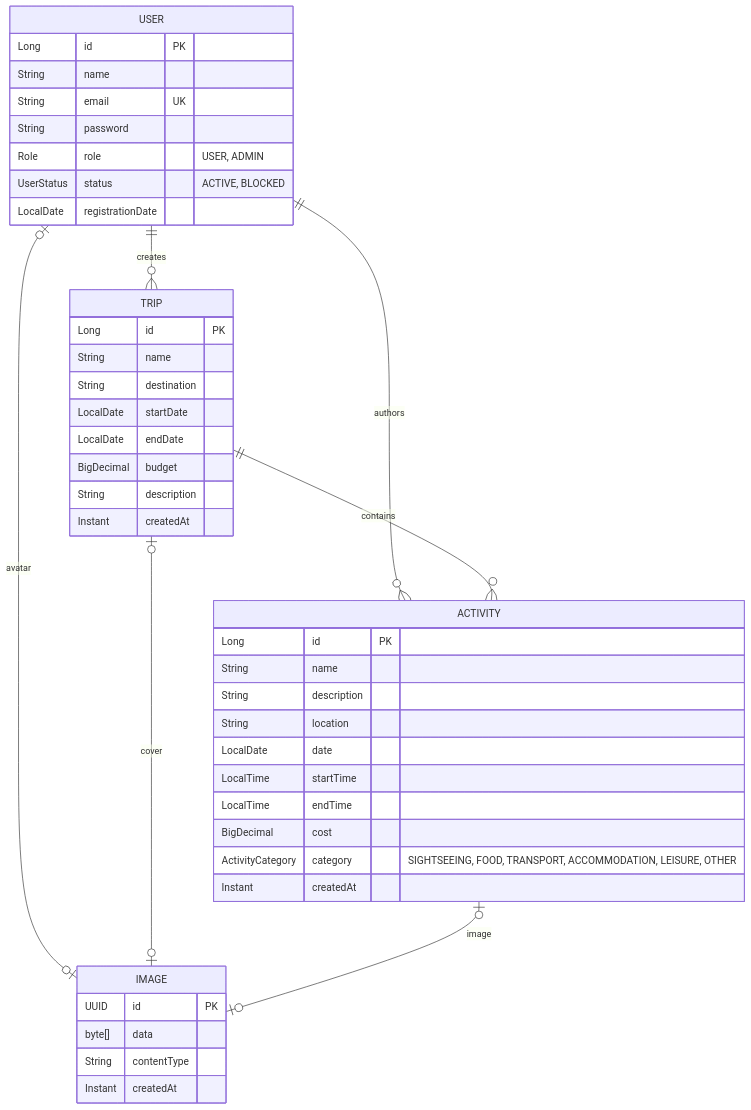
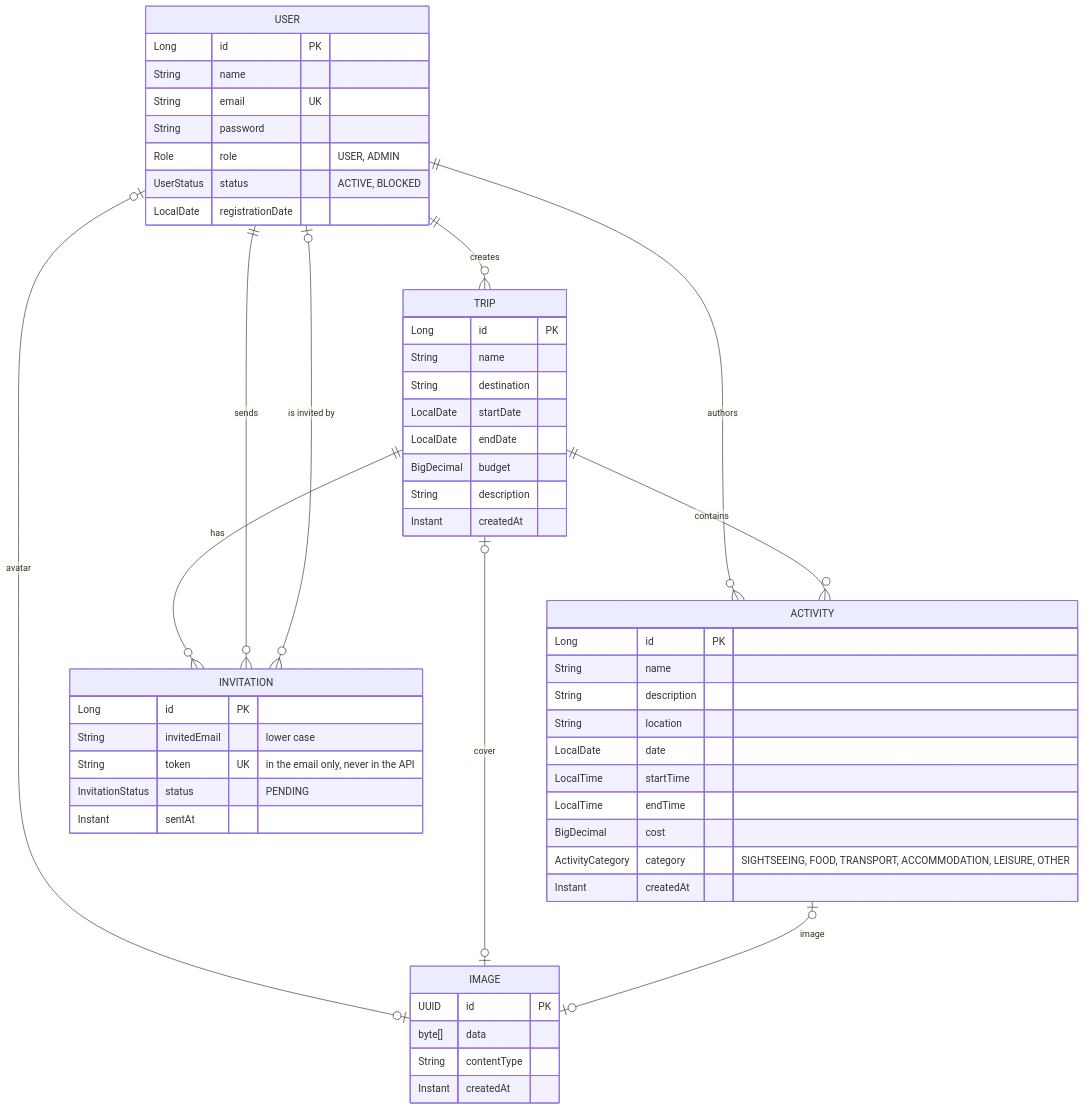
One commit to codeurjc-students/2026-ViajesRuben changed the third of 6 diagrams in docs/development-guide.md. Above: the diagram before and after it, drawn with Mermaid. The commit also changed other lines of this file and 7 other files, not shown here.

````diff
--- a/docs/development-guide.md
+++ b/docs/development-guide.md
@@ -294,47 +294,57 @@
 ```mermaid
 erDiagram
   USER ||--o{ TRIP : "creates"
   USER ||--o{ ACTIVITY : "authors"
   TRIP ||--o{ ACTIVITY : "contains"
+  TRIP ||--o{ INVITATION : "has"
+  USER ||--o{ INVITATION : "sends"
+  USER |o--o{ INVITATION : "is invited by"
   USER |o--o| IMAGE : "avatar"
   TRIP |o--o| IMAGE : "cover"
   ACTIVITY |o--o| IMAGE : "image"
 
   USER {
     Long id PK
     String name
     String email UK
     String password
     Role role "USER, ADMIN"
     UserStatus status "ACTIVE, BLOCKED"
     LocalDate registrationDate
   }
   TRIP {
     Long id PK
     String name
     String destination
     LocalDate startDate
     LocalDate endDate
     BigDecimal budget
     String description
     Instant createdAt
   }
   ACTIVITY {
     Long id PK
     String name
     String description
     String location
     LocalDate date
     LocalTime startTime
     LocalTime endTime
     BigDecimal cost
     ActivityCategory category "SIGHTSEEING, FOOD, TRANSPORT, ACCOMMODATION, LEISURE, OTHER"
     Instant createdAt
   }
+  INVITATION {
+    Long id PK
+    String invitedEmail "lower case"
+    String token UK "in the email only, never in the API"
+    InvitationStatus status "PENDING"
+    Instant sentAt
+  }
   IMAGE {
     UUID id PK
     byte[] data
     String contentType
     Instant createdAt
   }
 ```
````
